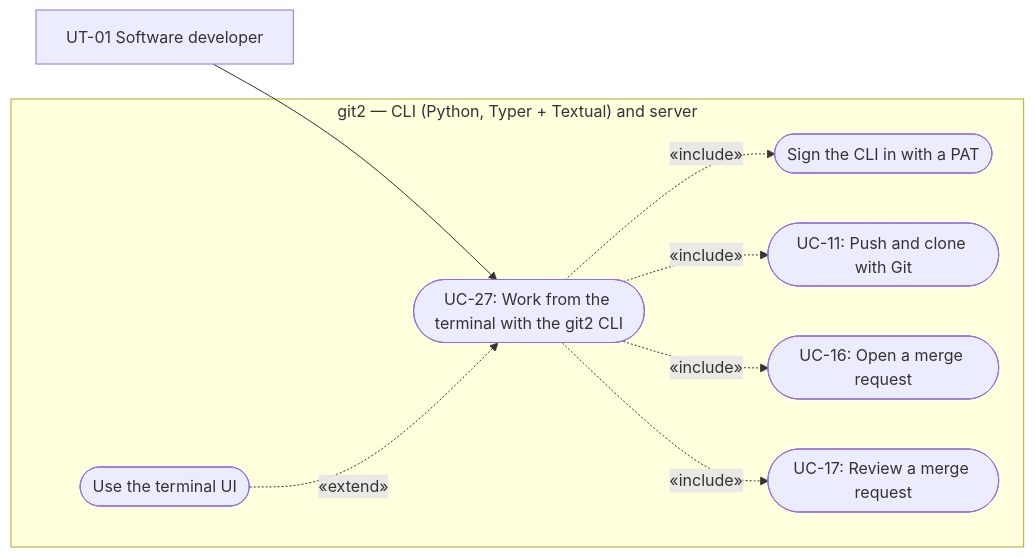
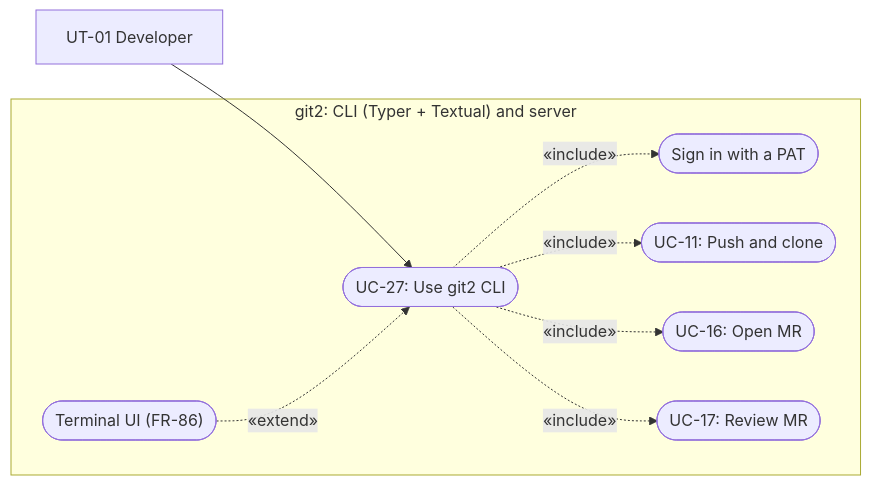
Diagram 11 of 13 in docs/project_docs/to_customer/RequirementsSpecification.md (git2-project/git2), drawn with Mermaid before and after one commit. The commit also changed other lines of this file, not shown here.

First line of the commit message:
docs(req-spec): bring the reviewed Spec from PR #33 to dev/main

````diff
--- a/docs/project_docs/to_customer/RequirementsSpecification.md
+++ b/docs/project_docs/to_customer/RequirementsSpecification.md
@@ -955,20 +794,20 @@
 ```mermaid
 flowchart LR
-    Dev["UT-01 Software developer"]
+    Dev["UT-01 Developer"]
 
-    subgraph System["git2 — CLI (Python, Typer + Textual) and server"]
-        UC27(["UC-27: Work from the terminal with the git2 CLI"])
-        Login(["Sign the CLI in with a PAT"])
-        UC11(["UC-11: Push and clone with Git"])
-        UC16(["UC-16: Open a merge request"])
-        UC17(["UC-17: Review a merge request"])
-        TUI(["Use the terminal UI"])
+    subgraph System["git2: CLI (Typer + Textual) and server"]
+        UC27(["UC-27: Use git2 CLI"])
+        Login(["Sign in with a PAT"])
+        UC11(["UC-11: Push and clone"])
+        UC16(["UC-16: Open MR"])
+        UC17(["UC-17: Review MR"])
+        TUI(["Terminal UI (FR-86)"])
     end
 
     Dev --> UC27
     UC27 -.->|«include»| Login
     UC27 -.->|«include»| UC11
     UC27 -.->|«include»| UC16
     UC27 -.->|«include»| UC17
     TUI -.->|«extend»| UC27
 ```
````
